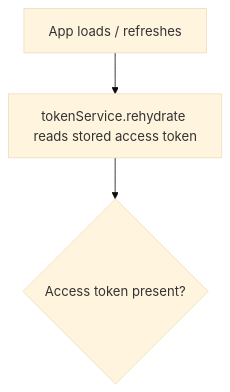
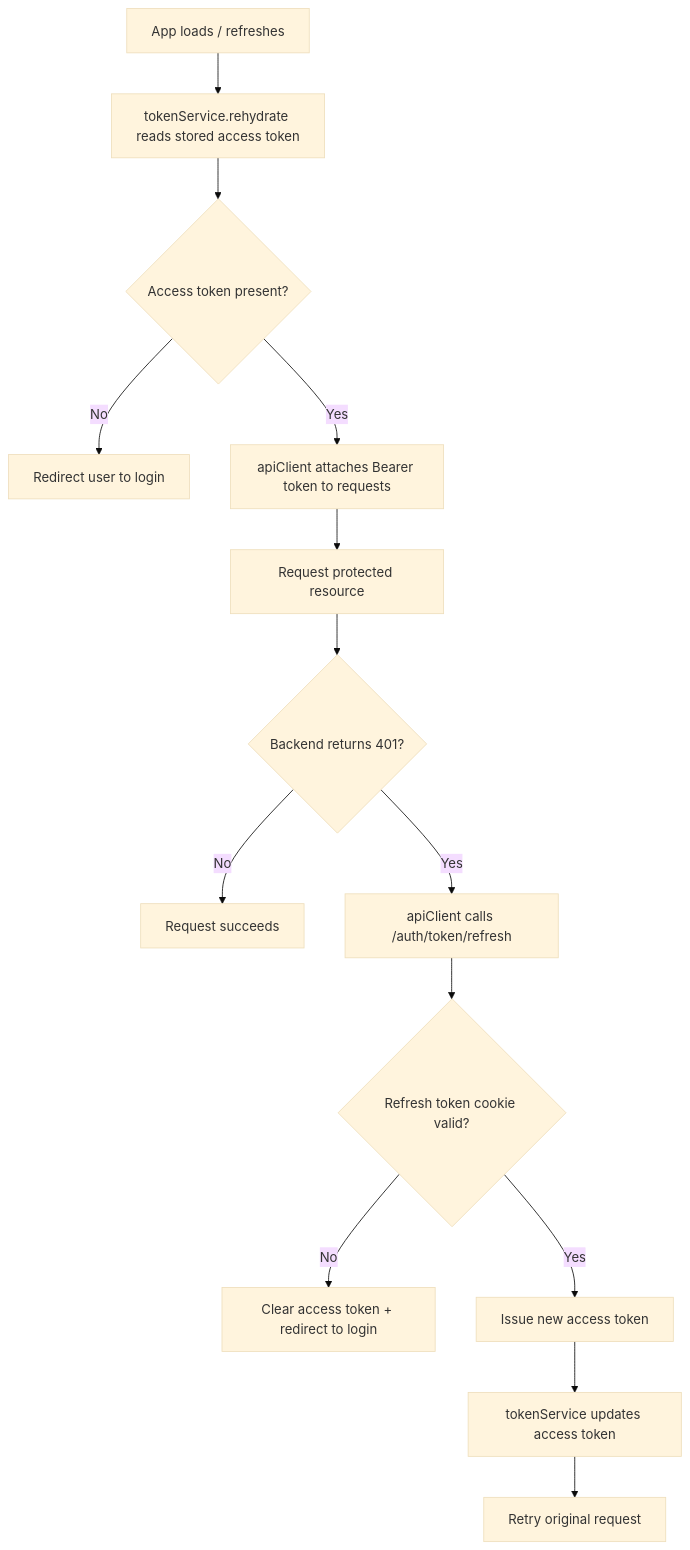
The third of 3 diagrams in docs/mermaid-flowcharts.md (kal-kyokya/Futtech-Django), drawn with Mermaid (base theme) before and after one commit. The commit also changed other lines of this file, not shown here.

Commit message:
Complete creation of the Auth Persistence mermaid flowchart

````diff
--- a/docs/mermaid-flowcharts.md
+++ b/docs/mermaid-flowcharts.md
@@ -69,6 +69,16 @@
 ```mermaid
 flowchart TD
 	  A[App loads / refreshes] --> B[tokenService.rehydrate reads stored access token]
 	  B --> C{Access token present?}
-
+	  C -- No --> D[Redirect user to login]
+	  C -- Yes --> E[apiClient attaches Bearer token to requests]
+	  E --> F[Request protected resource]
+	  F --> G{Backend returns 401?}
+	  G -- No --> H[Request succeeds]
+	  G -- Yes --> I[apiClient calls /auth/token/refresh]
+	  I --> J{Refresh token cookie valid?}
+	  J -- No --> K[Clear access token + redirect to login]
+	  J -- Yes --> L[Issue new access token]
+	  L --> M[tokenService updates access token]
+	  M --> N[Retry original request]
 ```
````
